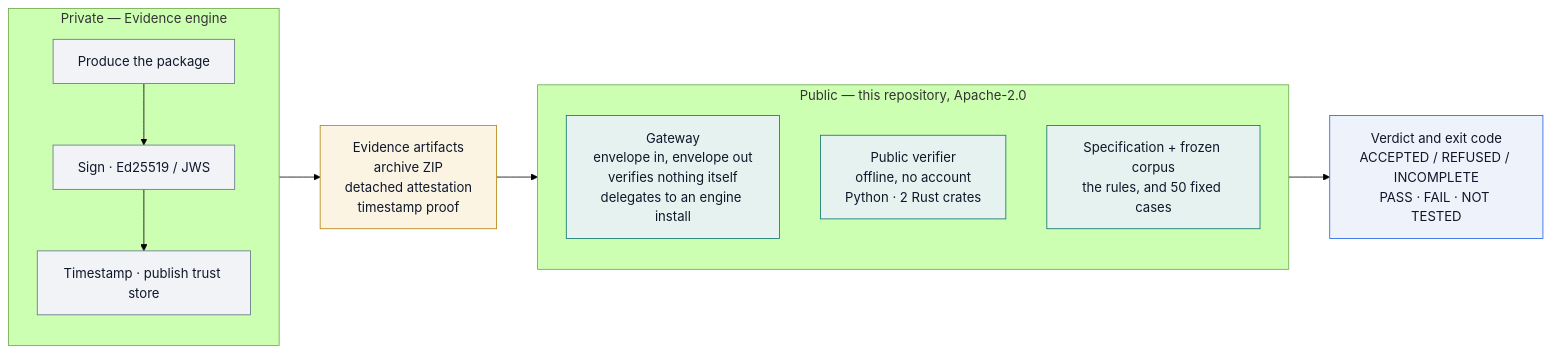
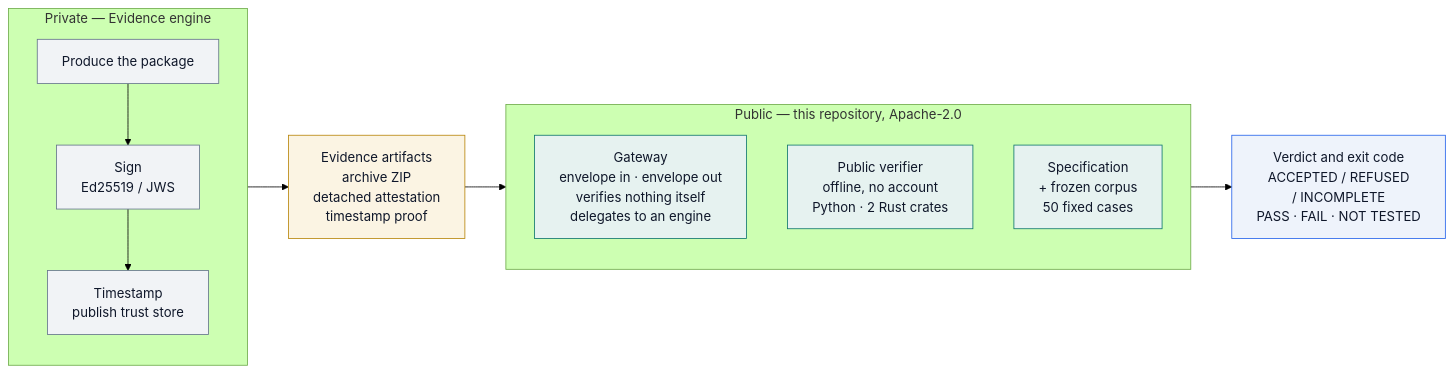
The first of 3 diagrams in ARCHITECTURE.md (neomundi-io/neomundi-evidence-gateway), drawn with Mermaid (forest theme) before and after one commit. The commit also changed other lines of this file, not shown here.

Commit message:
docs(architecture): give the diagrams room so a phrase is not split in two
The renderer was wrapping label lines mid-phrase. No content change.

````diff
--- a/ARCHITECTURE.md
+++ b/ARCHITECTURE.md
@@ -116,35 +116,36 @@
 ```mermaid
+%%{init: {"flowchart": {"wrappingWidth": 320}} }%%
 flowchart LR
   subgraph PRIV["Private — Evidence engine"]
     direction TB
     E1["Produce the package"]
-    E2["Sign · Ed25519 / JWS"]
-    E3["Timestamp · publish trust store"]
+    E2["Sign<br/>Ed25519 / JWS"]
+    E3["Timestamp<br/>publish trust store"]
   end
 
   ART["Evidence artifacts<br/>archive ZIP<br/>detached attestation<br/>timestamp proof"]
 
   subgraph PUB["Public — this repository, Apache-2.0"]
     direction TB
-    GW["Gateway<br/>envelope in, envelope out<br/>verifies nothing itself<br/>delegates to an engine install"]
+    GW["Gateway<br/>envelope in · envelope out<br/>verifies nothing itself<br/>delegates to an engine"]
     VER["Public verifier<br/>offline, no account<br/>Python · 2 Rust crates"]
-    SPEC["Specification + frozen corpus<br/>the rules, and 50 fixed cases"]
+    SPEC["Specification<br/>+ frozen corpus<br/>50 fixed cases"]
   end
 
-  OUT["Verdict and exit code<br/>ACCEPTED / REFUSED / INCOMPLETE<br/>PASS · FAIL · NOT TESTED"]
+  OUT["Verdict and exit code<br/>ACCEPTED / REFUSED<br/>/ INCOMPLETE<br/>PASS · FAIL · NOT TESTED"]
 
   E1 --> E2 --> E3
   PRIV --> ART
   ART --> PUB
   PUB --> OUT
 
   classDef private fill:#f1f3f6,stroke:#64748b,stroke-width:1px,color:#0f172a
   classDef artifact fill:#fbf4e3,stroke:#b8860b,stroke-width:1px,color:#0f172a
   classDef public fill:#e6f2f0,stroke:#0f766e,stroke-width:1px,color:#0f172a
   classDef result fill:#eef3fb,stroke:#2563eb,stroke-width:1px,color:#0f172a
 
   class E1,E2,E3 private
   class ART artifact
   class GW,VER,SPEC public
   class OUT result
 ```
````
